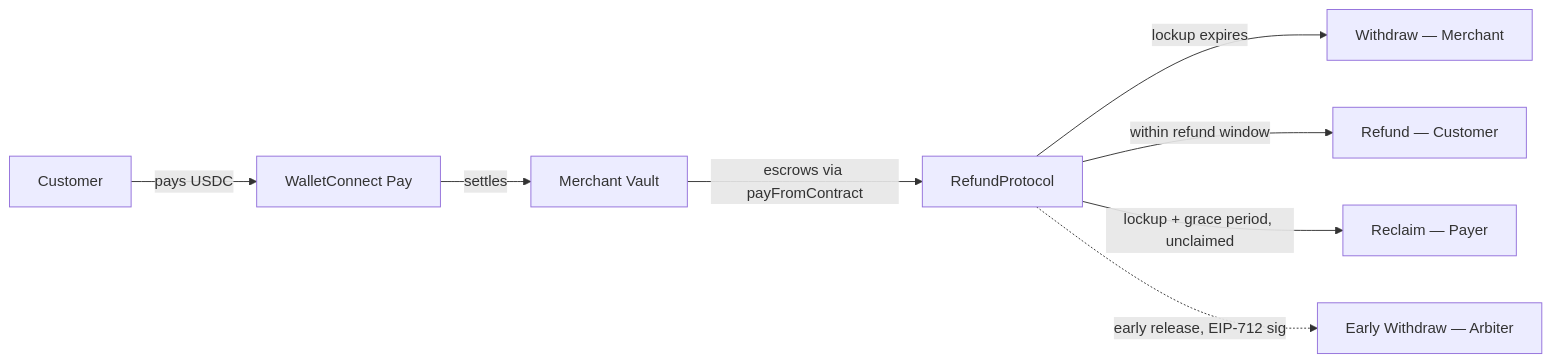
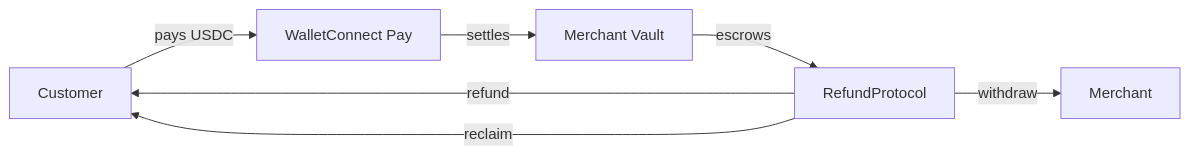
One commit to hrishabhayush/Unwind changed the first of 2 diagrams in README.md. Above: the diagram before and after it, drawn with Mermaid. The commit also changed other lines of this file, not shown here.

Commit message:
add mermaid diagram

````diff
--- a/README.md
+++ b/README.md
@@ -7,11 +7,9 @@
 ```mermaid
 flowchart LR
-    A[Customer] -->|pays USDC| B[WalletConnect Pay]
-    B -->|settles| C[Merchant Vault]
-    C -->|escrows via payFromContract| D[RefundProtocol]
-
-    D -->|lockup expires| E[Withdraw — Merchant]
-    D -->|within refund window| F[Refund — Customer]
-    D -->|lockup + grace period, unclaimed| G[Reclaim — Payer]
-    D -.->|early release, EIP-712 sig| H[Early Withdraw — Arbiter]
+    Customer -->|pays USDC| WC[WalletConnect Pay]
+    WC -->|settles| Vault[Merchant Vault]
+    Vault -->|escrows| RP[RefundProtocol]
+    RP -->|withdraw| Merchant
+    RP -->|refund| Customer
+    RP -->|reclaim| Customer
 ```
````
